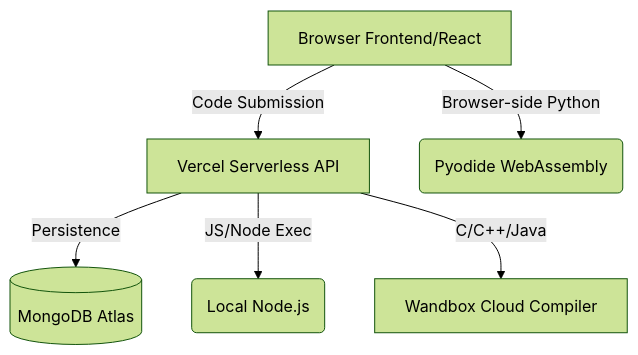
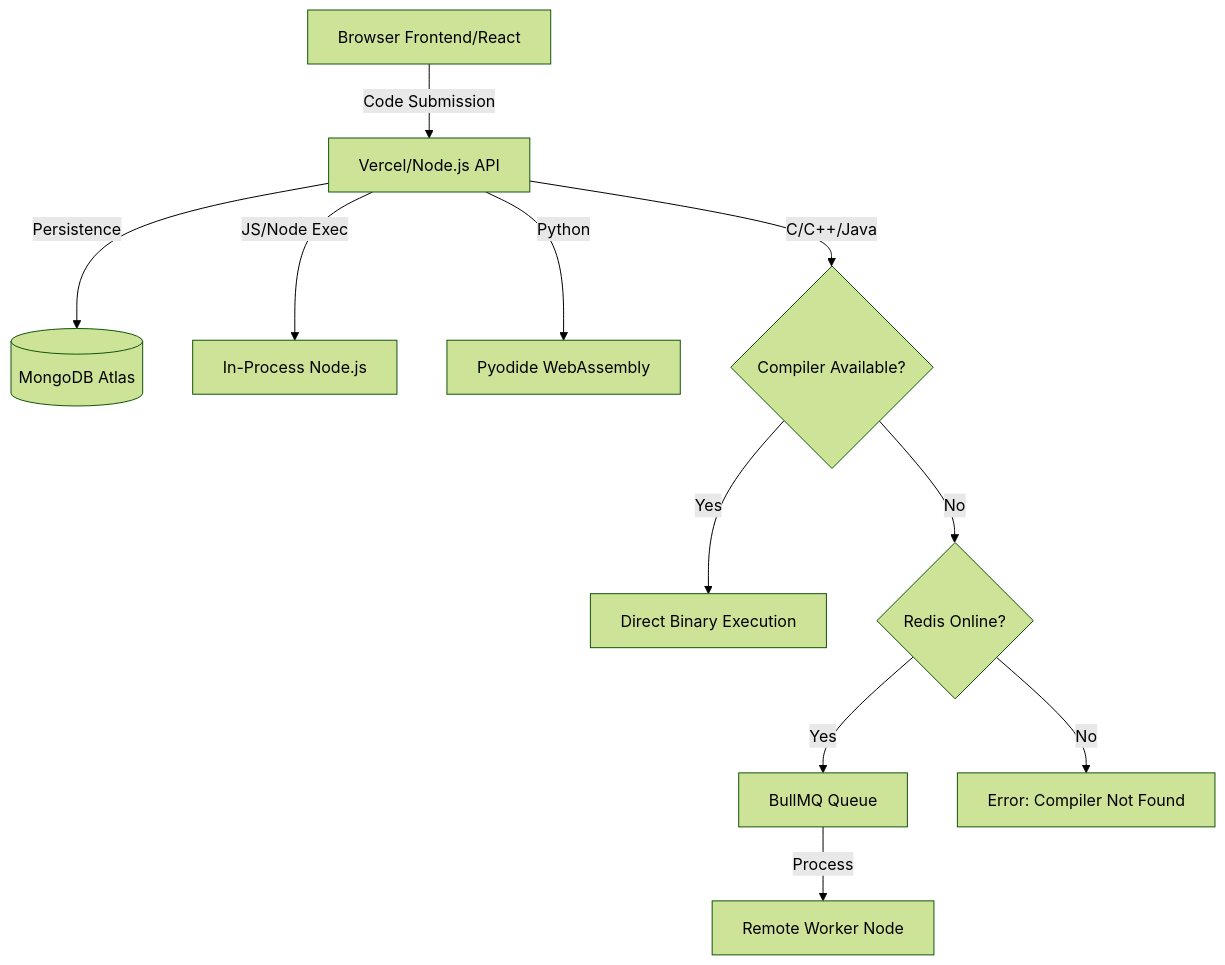
One commit to syedmukheeth/Liquid-IDE changed the diagram in README.md. Above: the diagram before and after it, drawn with Mermaid (forest theme). The commit also changed other lines of this file and 1 other file, not shown here.

Commit message:
docs: modernize README and update architecture details

````diff
--- a/README.md
+++ b/README.md
@@ -26,8 +35,16 @@
 ```mermaid
 graph TD
-    Client[Browser Frontend/React] -->|Code Submission| API[Vercel Serverless API]
+    Client[Browser Frontend/React] -->|Code Submission| API[Vercel/Node.js API]
     API -->|Persistence| DB[(MongoDB Atlas)]
-    API -->|JS/Node Exec| Node(Local Node.js)
-    API -->|C/C++/Java| Wandbox[Wandbox Cloud Compiler]
-    Client -->|Browser-side Python| Pyodide(Pyodide WebAssembly)
+    
+    API -->|JS/Node Exec| Direct[In-Process Node.js]
+    API -->|Python| Pyodide[Pyodide WebAssembly]
+    
+    API -->|C/C++/Java| Check{Compiler Available?}
+    Check -->|Yes| DirectLocal[Direct Binary Execution]
+    Check -->|No| Redis{Redis Online?}
+    
+    Redis -->|Yes| Queue[BullMQ Queue]
+    Queue -->|Process| Worker[Remote Worker Node]
+    Redis -->|No| Fail[Error: Compiler Not Found]
 ```
````
